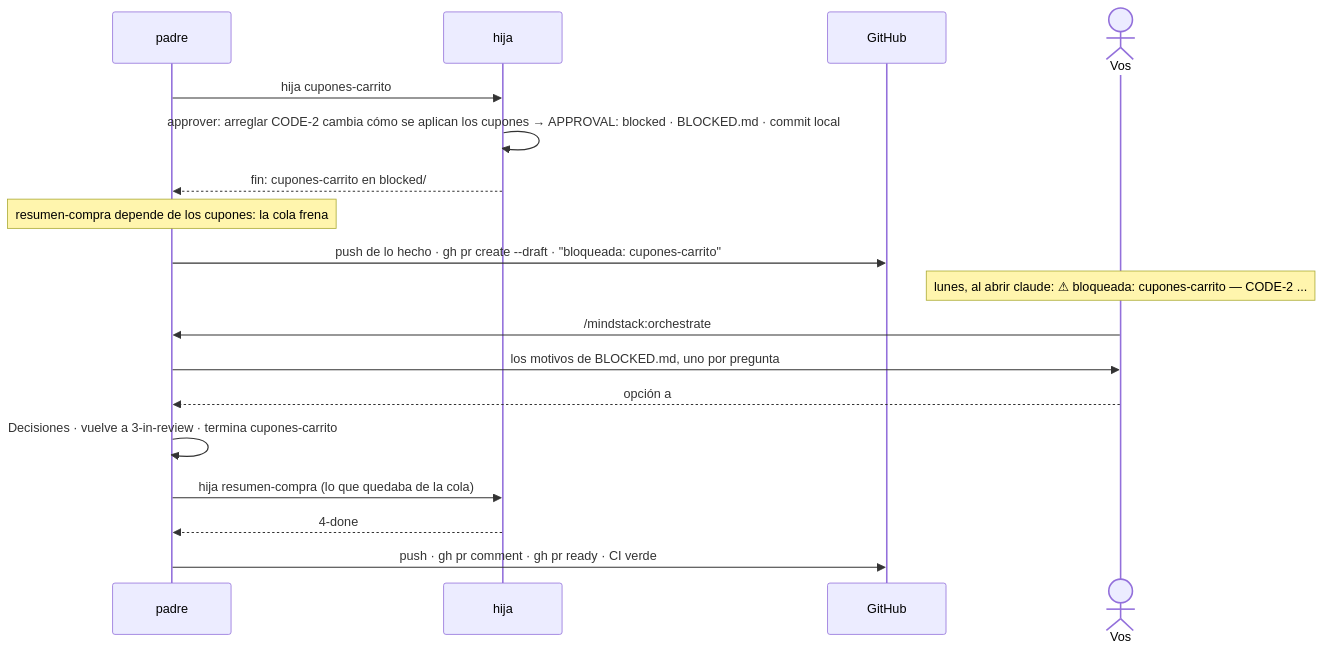
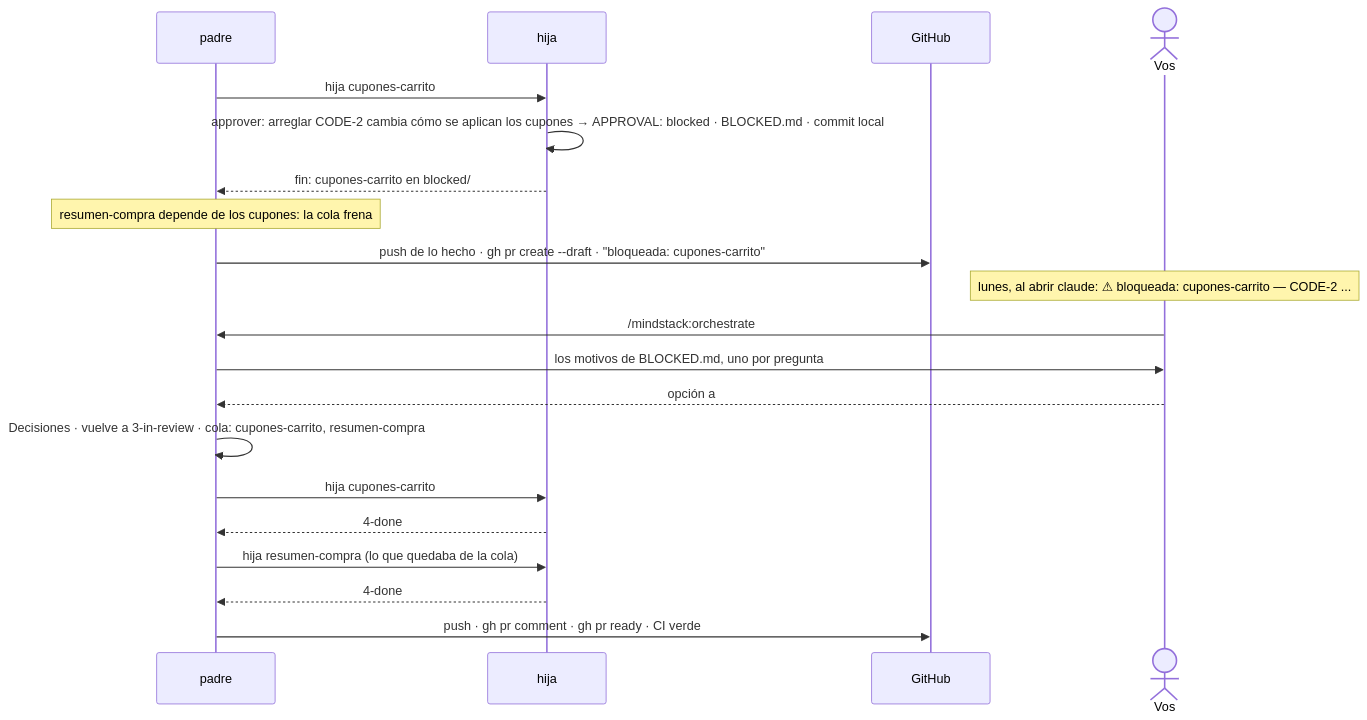
Before and after one commit to octavio-parozlabs/mindstack: the second of 2 diagrams in use-cases/08-queue.md, drawn with Mermaid. The commit also changed 36 other files, not shown here.

````diff
--- a/use-cases/08-queue.md
+++ b/use-cases/08-queue.md
@@ -52,20 +52,22 @@
 ```mermaid
 sequenceDiagram
     participant O as padre
     participant H as hija
     participant G as GitHub
     actor U as Vos
     O->>H: hija cupones-carrito
     H->>H: approver: arreglar CODE-2 cambia cómo se aplican los cupones → APPROVAL: blocked · BLOCKED.md · commit local
     H-->>O: fin: cupones-carrito en blocked/
     Note over O: resumen-compra depende de los cupones: la cola frena
     O->>G: push de lo hecho · gh pr create --draft · "bloqueada: cupones-carrito"
     Note over U: lunes, al abrir claude: ⚠ bloqueada: cupones-carrito — CODE-2 ...
     U->>O: /mindstack:orchestrate
     O->>U: los motivos de BLOCKED.md, uno por pregunta
     U-->>O: opción a
-    O->>O: Decisiones · vuelve a 3-in-review · termina cupones-carrito
+    O->>O: Decisiones · vuelve a 3-in-review · cola: cupones-carrito, resumen-compra
+    O->>H: hija cupones-carrito
+    H-->>O: 4-done
     O->>H: hija resumen-compra (lo que quedaba de la cola)
     H-->>O: 4-done
     O->>G: push · gh pr comment · gh pr ready · CI verde
 ```
````
